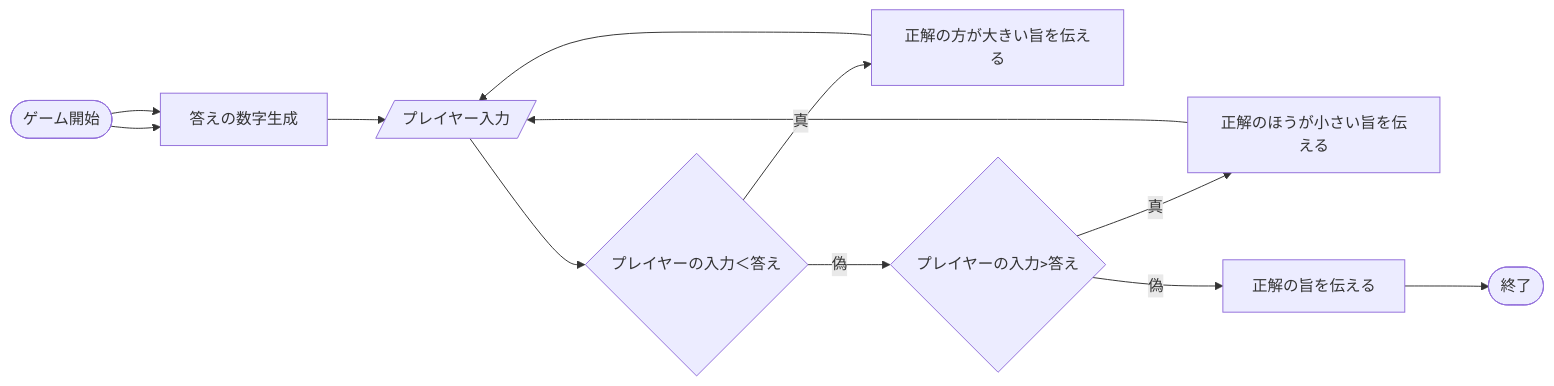
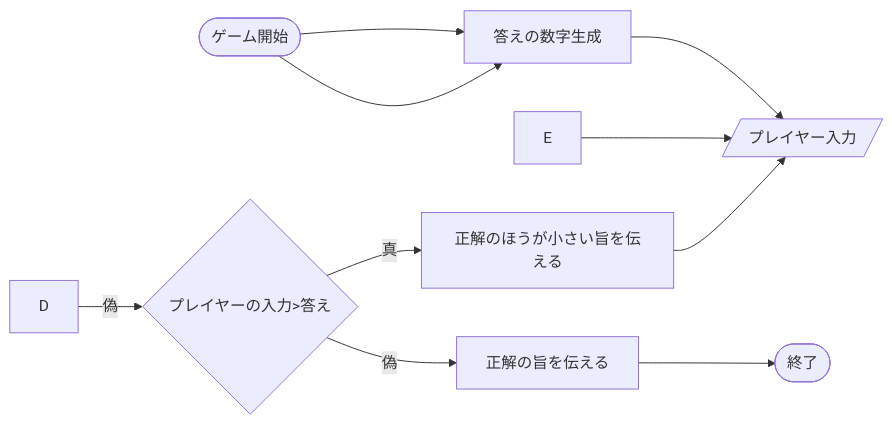
Before and after one commit to tpu-game-2022/mermaid_test: the diagram in README.md, drawn with Mermaid.

````diff
--- a/README.md
+++ b/README.md
@@ -20,14 +20,12 @@
 ```mermaid
 flowchart LR;
   A([ゲーム開始]) --> B[答えの数字生成]
   B --> C[/プレイヤー入力/]
-  C --> D{プレイヤーの入力＜答え}
-  D -- 真 --> E[正解の方が大きい旨を伝える]
   E --> C
   D -- 偽 --> F{プレイヤーの入力>答え} 
   F -- 真 --> G[正解のほうが小さい旨を伝える]
   G --> C
   F -- 偽 --> H[正解の旨を伝える]
   H -->I([終了])
   A --> B
 ```
````
